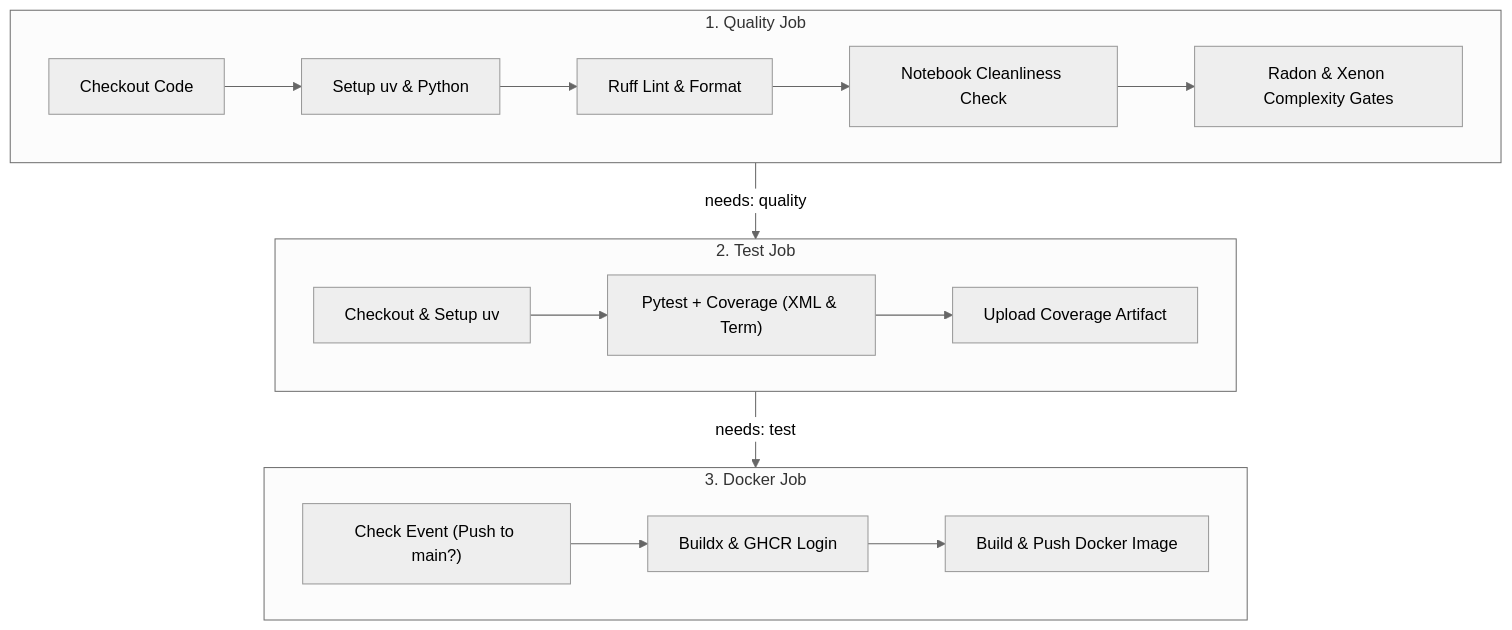
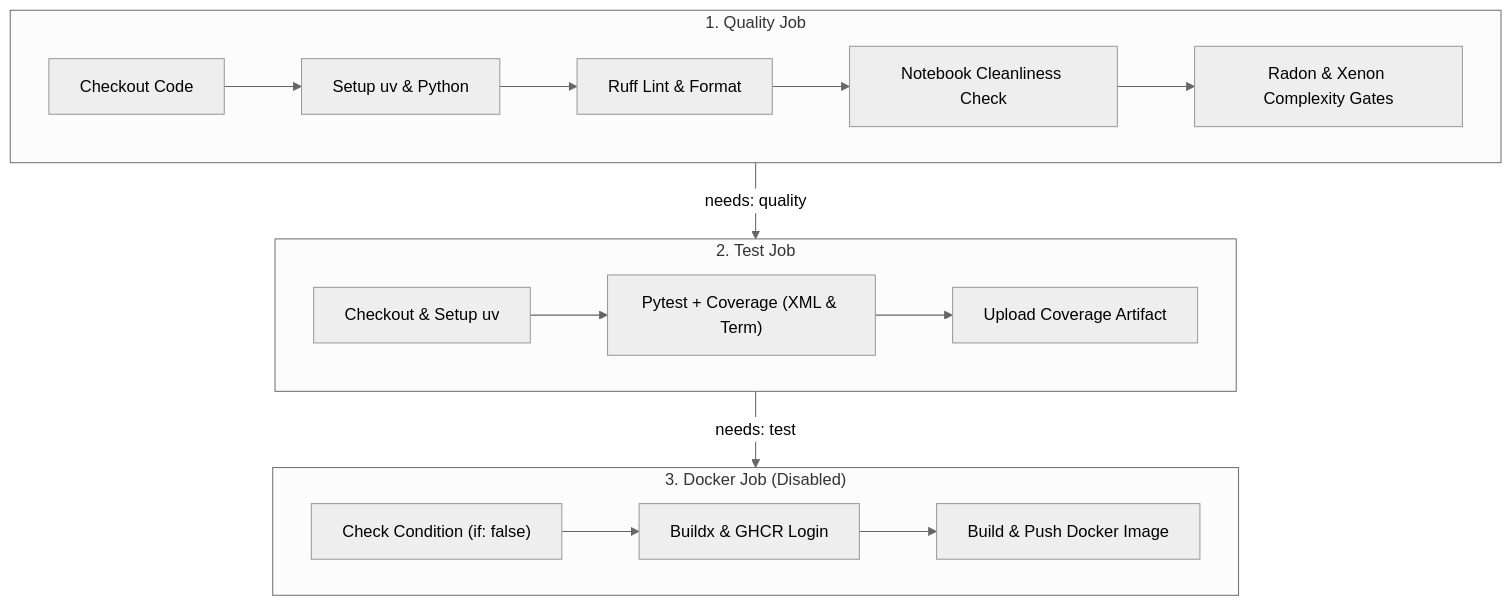
Before and after one commit to PosTech9MLET/tech-challenge-fase-4: the diagram in openwiki/testing/test_suite_and_ci.md, drawn with Mermaid (neutral theme). The commit also changed other lines of this file and 5 other files, not shown here.

````diff
--- a/openwiki/testing/test_suite_and_ci.md
+++ b/openwiki/testing/test_suite_and_ci.md
@@ -120,22 +120,22 @@
 ```mermaid
 flowchart TD
     subgraph Quality["1. Quality Job"]
         A["Checkout Code"] --> B["Setup uv & Python"]
         B --> C["Ruff Lint & Format"]
         C --> D["Notebook Cleanliness Check"]
         D --> E["Radon & Xenon Complexity Gates"]
     end
 
     subgraph Test["2. Test Job"]
         F["Checkout & Setup uv"] --> G["Pytest + Coverage (XML & Term)"]
         G --> H["Upload Coverage Artifact"]
     end
 
-    subgraph Docker["3. Docker Job"]
-        I["Check Event (Push to main?)"] --> J["Buildx & GHCR Login"]
+    subgraph Docker["3. Docker Job (Disabled)"]
+        I["Check Condition (if: false)"] --> J["Buildx & GHCR Login"]
         J --> K["Build & Push Docker Image"]
     end
 
     Quality -->|needs: quality| Test
     Test -->|needs: test| Docker
 ```
````
